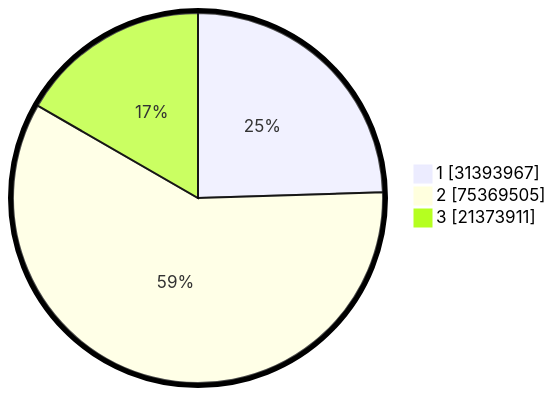
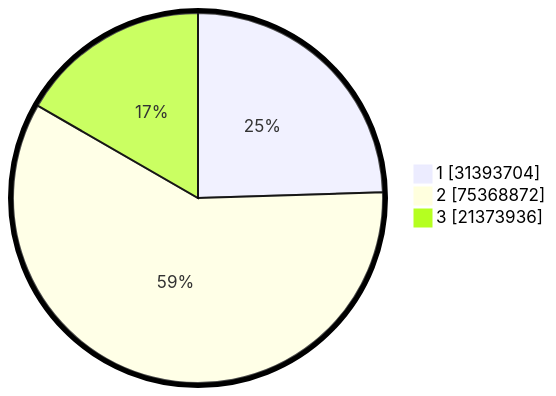
One commit to gigit-pemilu/pemilu-2024 changed the second of 2 diagrams in pilpres/hitung-suara/README.md. Above: the diagram before and after it, drawn with Mermaid. The commit also changed other lines of this file and 10 other files, not shown here.

````diff
--- a/pilpres/hitung-suara/README.md
+++ b/pilpres/hitung-suara/README.md
@@ -93,7 +93,7 @@
 ```mermaid
 %%{init: {"pie": {"textPosition": 0.5}, "themeVariables": {"pieOuterStrokeWidth": "5px"}} }%%
 pie showData
-    "1" : 31393967
-    "2" : 75369505
-    "3" : 21373911
+    "1" : 31393704
+    "2" : 75368872
+    "3" : 21373936
 ```
````
